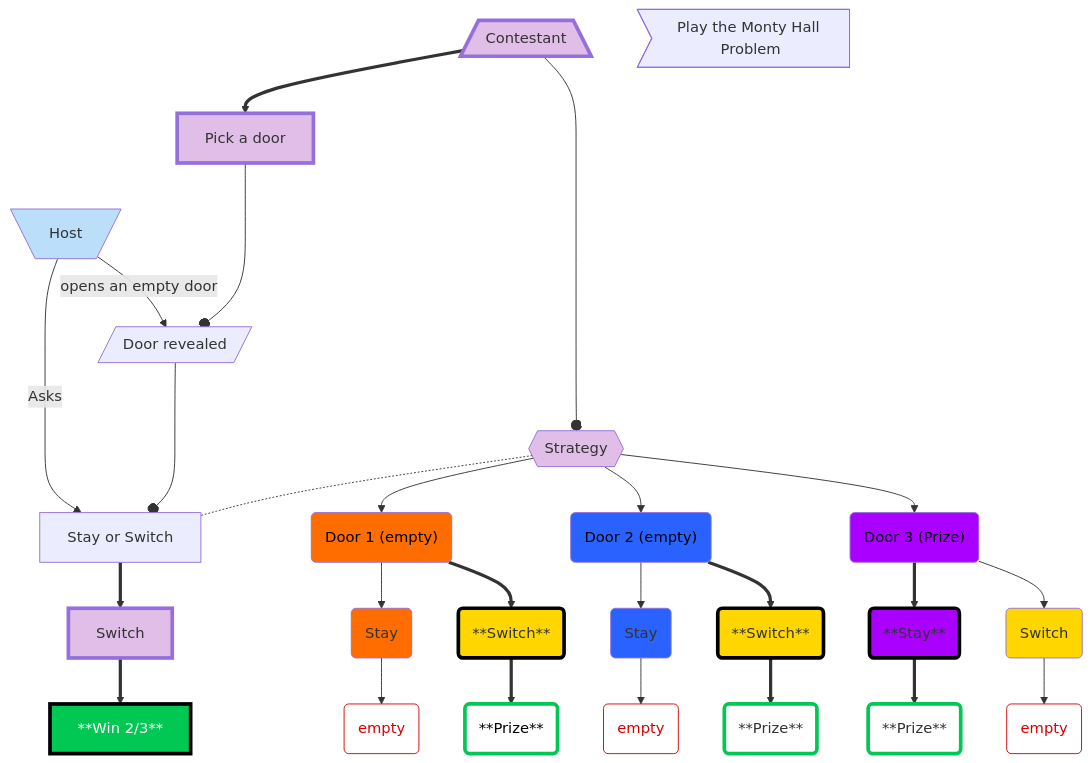
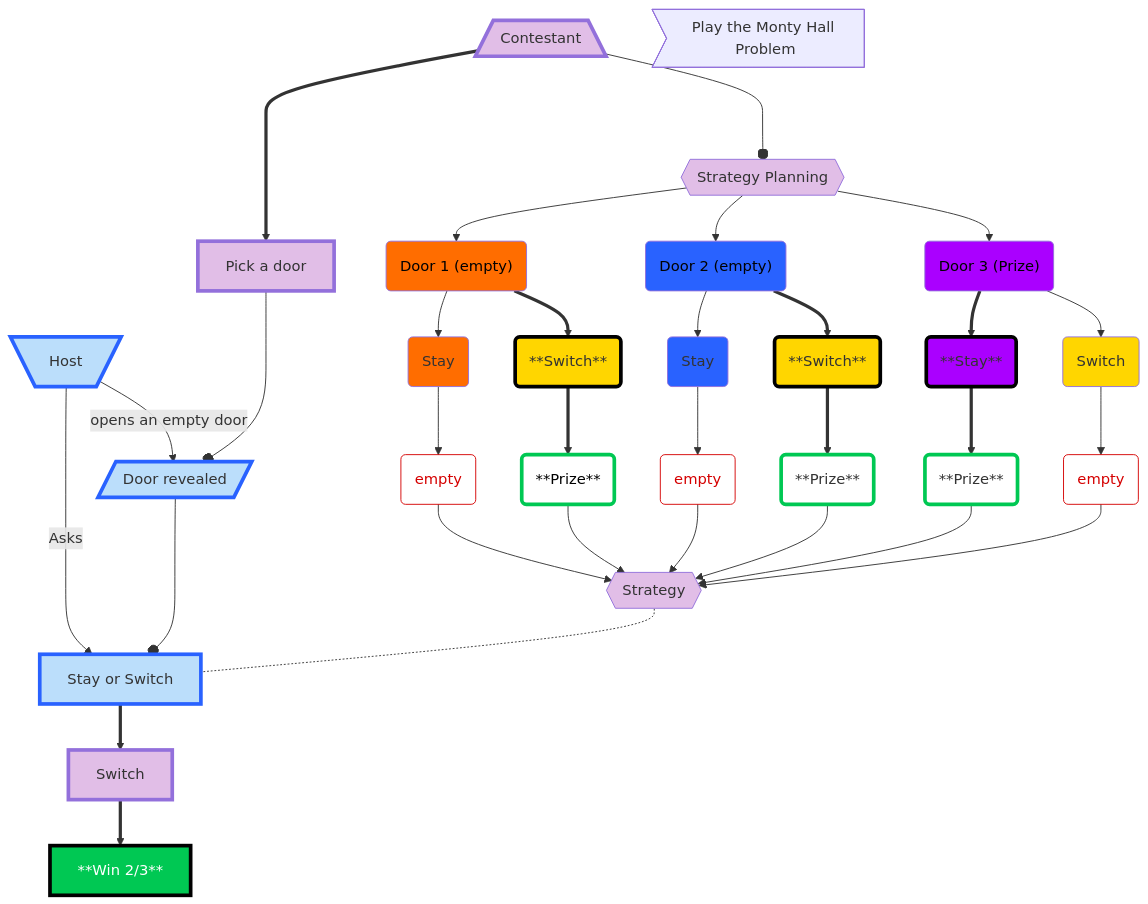
The diagram in Diagram.md (BADmommydale/BADmommydale.github.io), drawn with Mermaid before and after one commit.

Commit message:
Update Diagram.md
easier flow visual

````diff
--- a/Diagram.md
+++ b/Diagram.md
@@ -1,52 +1,57 @@
 ```mermaid
 flowchart TD
     B["Contestant"] ==> D["Pick a door"]
     C["Host"] -- opens an empty door --> E["Door revealed"]
     D ---o E
     C --Asks--> AB
     E ---o AB["Stay or Switch"]
     AB ==> G["Switch"]
-    B ---o H["Strategy"]
-    H -.- AB
+    B ---o H["Strategy Planning"]
     H --> I("Door 1 (empty)") & N("Door 2 (empty)") & S("Door 3 (Prize)")
     I --> J("Stay")
     I ==> K("**Switch**")
     J --> L("empty")
     K ==> M("**Prize**")
     N --> O("Stay")
     N ==> P("**Switch**")
     O --> Q("empty")
     P ==> R("**Prize**")
     S ==> T("**Stay**")
     S --> U("Switch")
     T ==> V("**Prize**")
     U --> W("empty")
+    L & M & Q & R & V & W--> F["Strategy"]
+    F -.- AB
     G ==> Z["**Win 2/3**"]
     A>"Play the Monty Hall Problem"]
     B@{ shape: trap-b}
     C@{ shape: trap-t}
     E@{ shape: lean-r}
+    F@{ shape: hex}
     H@{ shape: hex}
     style B fill:#E1BEE7, stroke-width:4px,stroke-dasharray: 0
-    style C fill:#BBDEFB
+    style C fill:#BBDEFB,stroke:#2962FF,stroke-width:4px,stroke-dasharray: 0
     style D fill:#E1BEE7, stroke-width:4px,stroke-dasharray: 0
+    style E fill:#BBDEFB,stroke:#2962FF,stroke-width:4px,stroke-dasharray: 0
+    style F fill:#E1BEE7
     style G fill:#E1BEE7, stroke-width:4px,stroke-dasharray: 0
     style H fill:#E1BEE7
     style I color:#000000,fill:#FF6D00
     style N color:#000000,fill:#2962FF
     style S color:#000000,fill:#AA00FF
     style J fill:#FF6D00
     style M fill:transparent,stroke-width:4px,stroke-dasharray: 0,stroke:#00C853,color:#000000
     style K fill:#FFD600,stroke-width:4px,stroke-dasharray: 0,stroke:#000000
     style L fill:transparent,stroke:#D50000,color:#D50000
     style M fill:transparent,stroke-width:4px,stroke-dasharray: 0,stroke:#00C853,color:#000000
     style O fill:#2962FF
     style P fill:#FFD600,stroke-width:4px,stroke-dasharray: 0,stroke:#000000
     style Q fill:transparent,stroke:#D50000,color:#D50000
     style R fill:transparent,stroke-width:4px,stroke-dasharray: 0,stroke:#00C853
     style T fill:#AA00FF,stroke-width:4px,stroke-dasharray: 0,stroke:#000000
     style U fill:#FFD600
     style V fill:transparent,stroke-width:4px,stroke-dasharray: 0,stroke:#00C853
     style W fill:transparent,stroke:#D50000,color:#D50000
     style Z fill:#00C853,color:#FFFFFF,stroke-width:4px,stroke-dasharray: 0,stroke:#000000
+    style AB fill:#BBDEFB,stroke:#2962FF,stroke-width:4px,stroke-dasharray: 0
 ```
````
